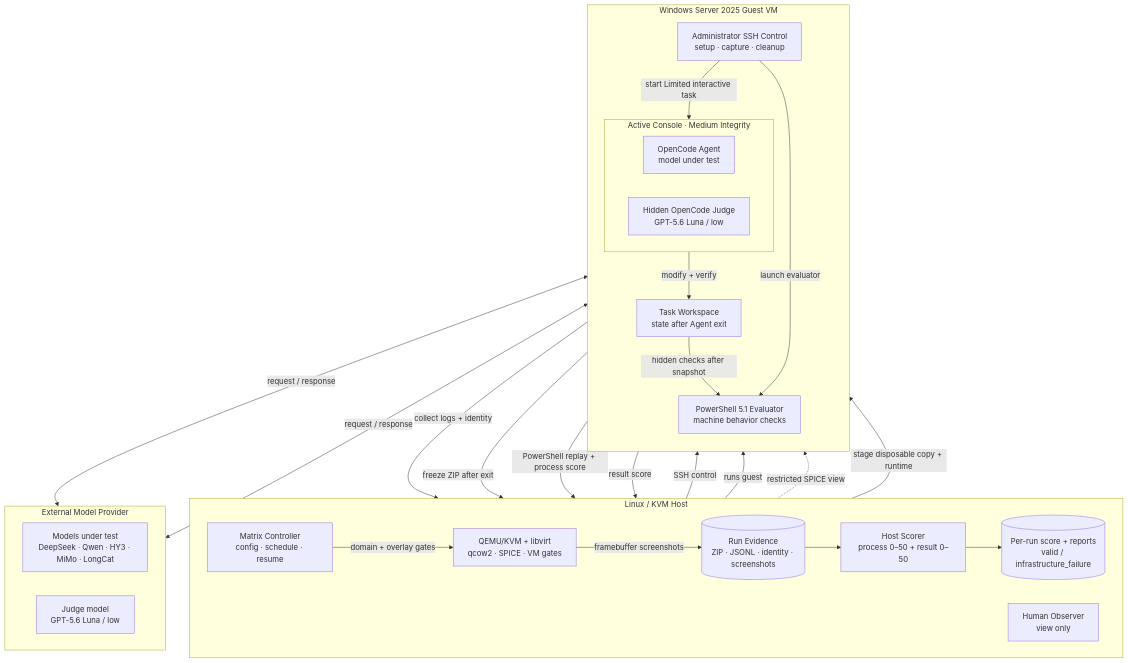
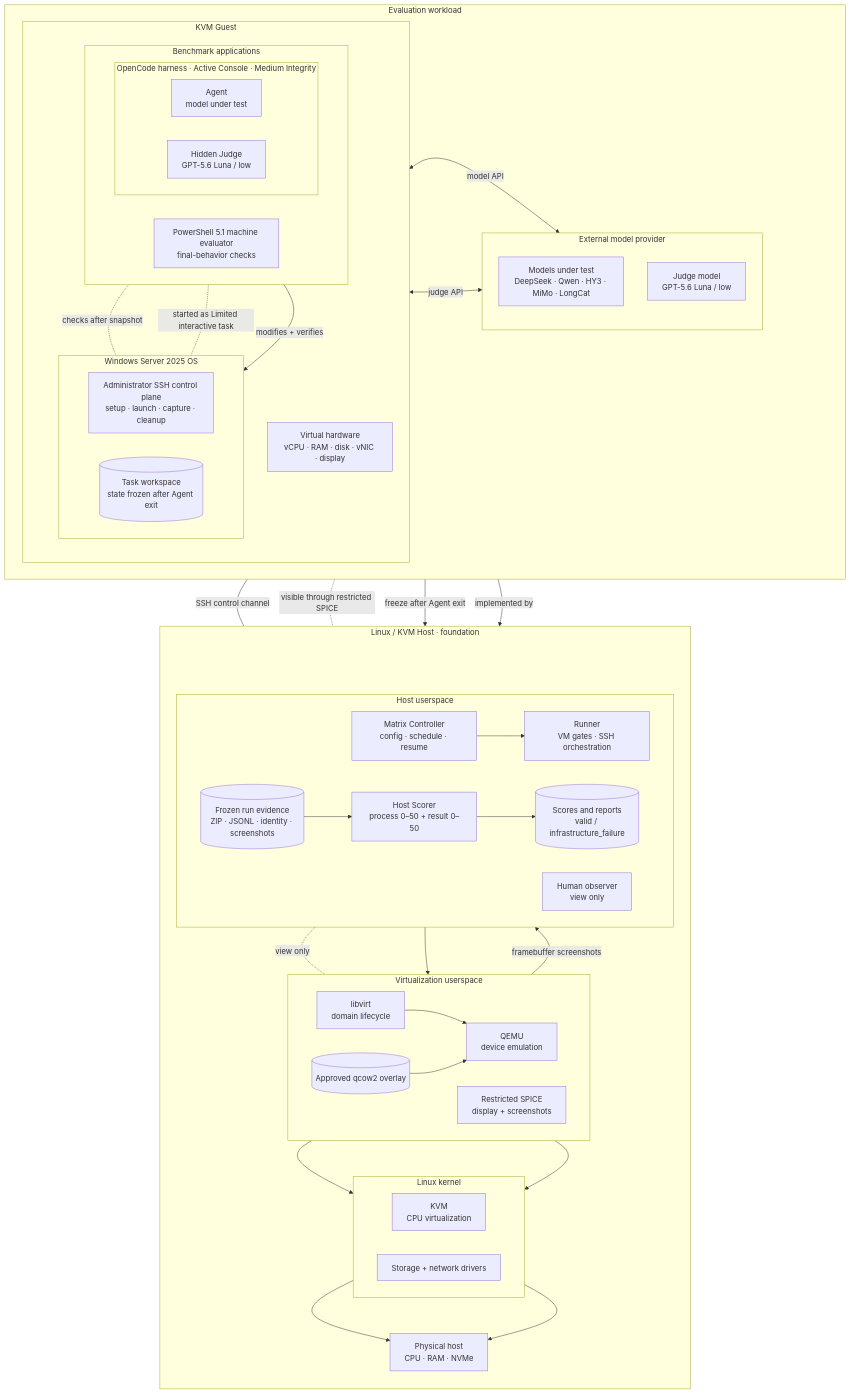
Before and after one commit to 2409324124/windows-powershell-benchmark-poc: the first of 2 diagrams in README.md, drawn with Mermaid. The commit also changed other lines of this file, not shown here.

Commit message:
Reframe architecture as layered KVM stack

````diff
--- a/README.md
+++ b/README.md
@@ -61,50 +63,98 @@
 ```mermaid
 flowchart TB
-  subgraph HOST["Linux / KVM Host"]
+  subgraph UPPER["Evaluation workload"]
     direction LR
-    MATRIX["Matrix Controller<br/>config · schedule · resume"]
-    KVM["QEMU/KVM + libvirt<br/>qcow2 · SPICE · VM gates"]
-    OBSERVER["Human Observer<br/>view only"]
-    EVIDENCE[("Run Evidence<br/>ZIP · JSONL · identity · screenshots")]
-    SCORER["Host Scorer<br/>process 0–50 + result 0–50"]
-    REPORTS[("Per-run score + reports<br/>valid / infrastructure_failure")]
+
+    subgraph GUEST["KVM Guest"]
+      direction TB
+
+      subgraph GUEST_APPS["Benchmark applications"]
+        direction LR
+        subgraph HARNESS["OpenCode harness · Active Console · Medium Integrity"]
+          direction LR
+          AGENT["Agent<br/>model under test"]
+          JUDGE["Hidden Judge<br/>GPT-5.6 Luna / low"]
+        end
+        EVALUATOR["PowerShell 5.1 machine evaluator<br/>final-behavior checks"]
+      end
+
+      subgraph WINDOWS["Windows Server 2025 OS"]
+        direction LR
+        CONTROL["Administrator SSH control plane<br/>setup · launch · capture · cleanup"]
+        WORKSPACE[("Task workspace<br/>state frozen after Agent exit")]
+      end
+
+      VIRTUAL_HW["Virtual hardware<br/>vCPU · RAM · disk · vNIC · display"]
+    end
+
+    subgraph PROVIDER["External model provider"]
+      direction TB
+      TESTED["Models under test<br/>DeepSeek · Qwen · HY3 · MiMo · LongCat"]
+      LUNA["Judge model<br/>GPT-5.6 Luna / low"]
+    end
+
+    UPPER_FLOOR[" "]:::layout
   end
 
-  subgraph GUEST["Windows Server 2025 Guest VM"]
+  subgraph HOST["Linux / KVM Host · foundation"]
     direction TB
-    CONTROL["Administrator SSH Control<br/>setup · capture · cleanup"]
 
-    subgraph DESKTOP["Active Console · Medium Integrity"]
+    HOST_CEILING[" "]:::layout
+
+    subgraph HOST_USERSPACE["Host userspace"]
       direction LR
-      AGENT["OpenCode Agent<br/>model under test"]
-      JUDGE["Hidden OpenCode Judge<br/>GPT-5.6 Luna / low"]
+      MATRIX["Matrix Controller<br/>config · schedule · resume"]
+      RUNNER["Runner<br/>VM gates · SSH orchestration"]
+      OBSERVER["Human observer<br/>view only"]
+      EVIDENCE[("Frozen run evidence<br/>ZIP · JSONL · identity · screenshots")]
+      SCORER["Host Scorer<br/>process 0–50 + result 0–50"]
+      REPORTS[("Scores and reports<br/>valid / infrastructure_failure")]
     end
 
-    WORKSPACE["Task Workspace<br/>state after Agent exit"]
-    EVALUATOR["PowerShell 5.1 Evaluator<br/>machine behavior checks"]
+    subgraph VIRT_USERSPACE["Virtualization userspace"]
+      direction LR
+      LIBVIRT["libvirt<br/>domain lifecycle"]
+      QEMU["QEMU<br/>device emulation"]
+      SPICE["Restricted SPICE<br/>display + screenshots"]
+      OVERLAY[("Approved qcow2 overlay")]
+    end
+
+    subgraph LINUX_KERNEL["Linux kernel"]
+      direction LR
+      KVM["KVM<br/>CPU virtualization"]
+      DRIVERS["Storage + network drivers"]
+    end
+
+    PHYSICAL["Physical host<br/>CPU · RAM · NVMe"]
   end
 
-  subgraph PROVIDER["External Model Provider"]
-    direction LR
-    TESTED["Models under test<br/>DeepSeek · Qwen · HY3 · MiMo · LongCat"]
-    LUNA["Judge model<br/>GPT-5.6 Luna / low"]
-  end
+  AGENT <-->|"model API"| TESTED
+  JUDGE <-->|"judge API"| LUNA
+  AGENT -.-|"started as Limited interactive task"| CONTROL
+  AGENT -->|"modifies + verifies"| WORKSPACE
+  EVALUATOR -.-|"checks after snapshot"| WORKSPACE
 
-  MATRIX -->|"domain + overlay gates"| KVM
-  MATRIX -->|"SSH control"| CONTROL
-  KVM -->|"runs guest"| CONTROL
-  KVM -->|"framebuffer screenshots"| EVIDENCE
-  OBSERVER -.->|"restricted SPICE view"| AGENT
-  CONTROL -->|"start Limited interactive task"| AGENT
-  CONTROL -->|"collect logs + identity"| EVIDENCE
-  AGENT <-->|"request / response"| TESTED
-  AGENT -->|"modify + verify"| WORKSPACE
-  WORKSPACE -->|"freeze ZIP after exit"| EVIDENCE
-  EVIDENCE -->|"stage disposable copy + runtime"| JUDGE
-  JUDGE <-->|"request / response"| LUNA
-  JUDGE -->|"PowerShell replay + process score"| EVIDENCE
-  WORKSPACE -->|"hidden checks after snapshot"| EVALUATOR
-  CONTROL -->|"launch evaluator"| EVALUATOR
-  EVALUATOR -->|"result score"| EVIDENCE
+  CONTROL ---|"SSH control channel"| RUNNER
+  AGENT -.-|"visible through restricted SPICE"| SPICE
+  OBSERVER -.-|"view only"| SPICE
+  WORKSPACE -->|"freeze after Agent exit"| EVIDENCE
+
+  VIRTUAL_HW -->|"implemented by"| QEMU
+  MATRIX --> RUNNER --> LIBVIRT
+  LIBVIRT --> QEMU
+  OVERLAY --> QEMU
+  SPICE -->|"framebuffer screenshots"| EVIDENCE
+  QEMU --> KVM --> PHYSICAL
+  QEMU --> DRIVERS --> PHYSICAL
   EVIDENCE --> SCORER --> REPORTS
+
+  VIRTUAL_HW ~~~ UPPER_FLOOR
+  TESTED ~~~ UPPER_FLOOR
+  LUNA ~~~ UPPER_FLOOR
+  UPPER_FLOOR ~~~ HOST_CEILING
+  HOST_CEILING ~~~ MATRIX
+  HOST_CEILING ~~~ RUNNER
+  HOST_CEILING ~~~ EVIDENCE
+
+  classDef layout fill:none,stroke:none,color:transparent
 ```
````
